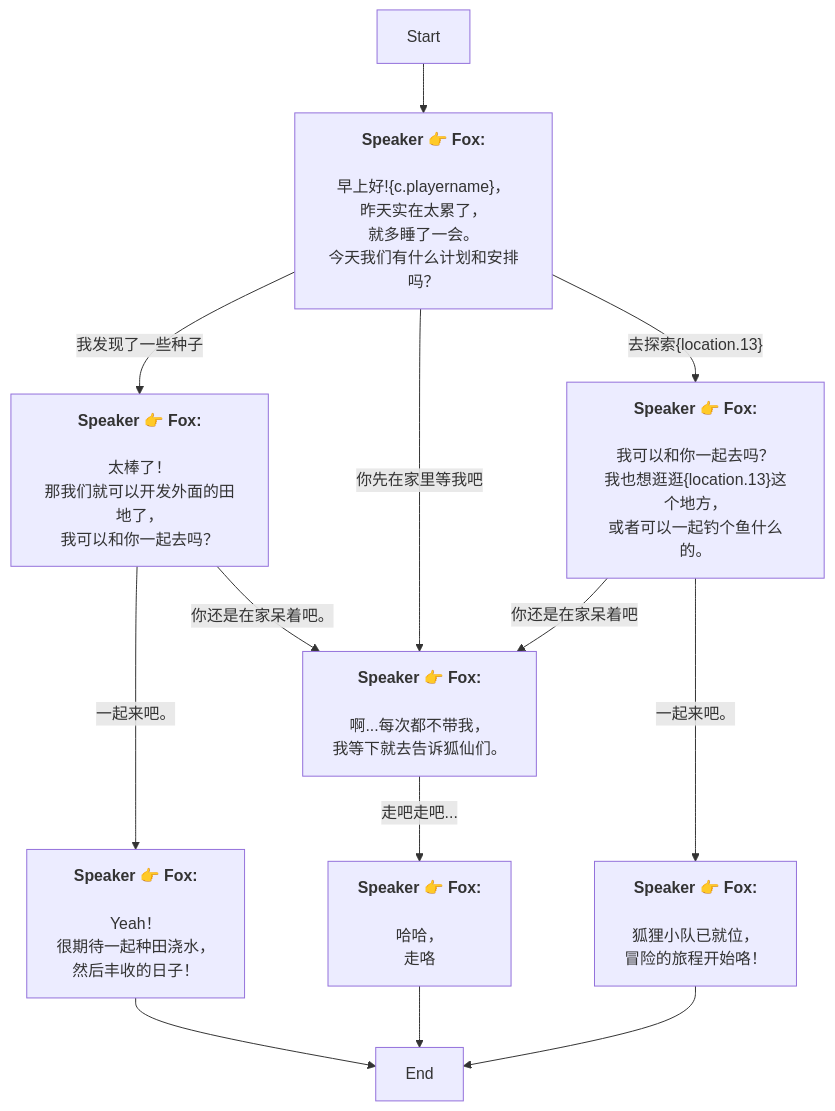
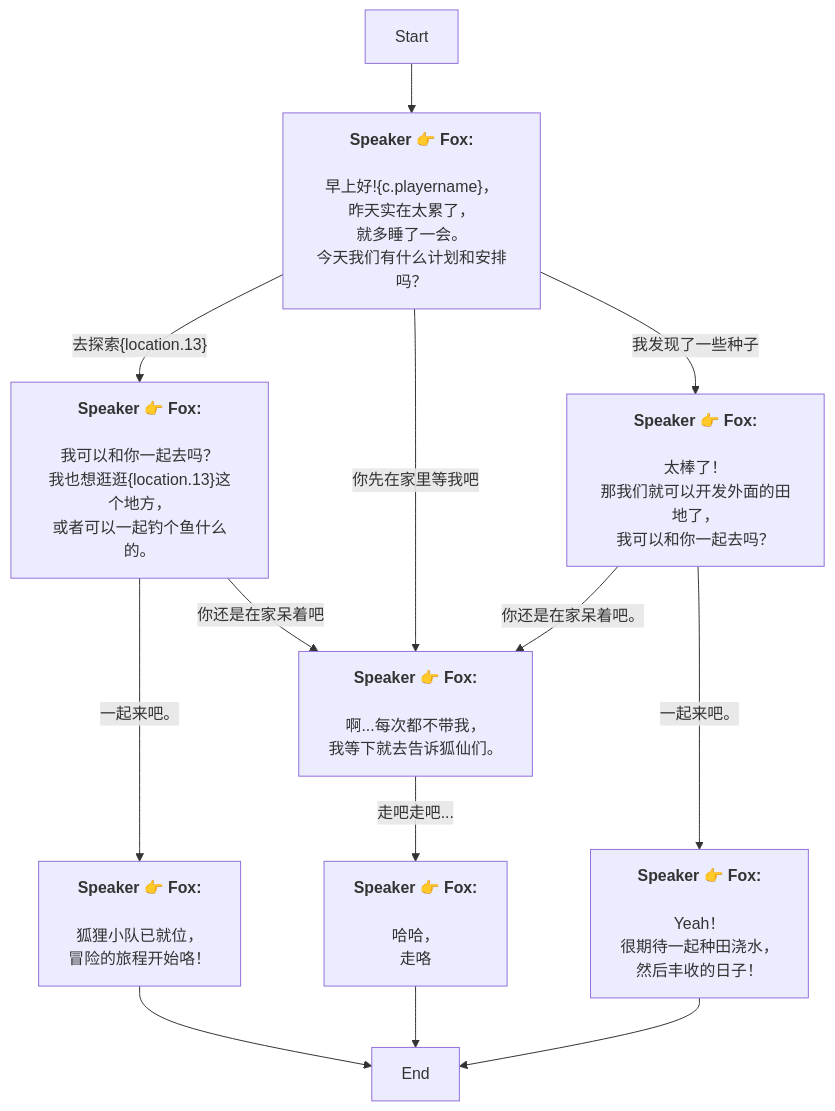
One commit to SoftHu/tos_avg changed the diagram in Zh/QuestTalkObjectiveNode_1738535630978160.md. Above: the diagram before and after it, drawn with Mermaid. The commit also changed other lines of this file and 780 other files, not shown here.

````diff
--- a/Zh/QuestTalkObjectiveNode_1738535630978160.md
+++ b/Zh/QuestTalkObjectiveNode_1738535630978160.md
@@ -1,38 +1,38 @@
 ```mermaid
 graph
 Start -->1738536455094394[<b>Speaker 👉 Fox:</b>
 \n早上好!&lbrace;c.playername&rbrace;，
 昨天实在太累了，
 就多睡了一会。\n今天我们有什么计划和安排吗？]
+1738536455094394 -->|去探索&lbrace;location.13&rbrace;|1738537311769740[<b>Speaker 👉 Fox:</b>
+\n我可以和你一起去吗？
+我也想逛逛&lbrace;location.13&rbrace;这个地方，
+或者可以一起钓个鱼什么的。]
+1738536455094394 -->|你先在家里等我吧|1738536768908425[<b>Speaker 👉 Fox:</b>
+\n啊...每次都不带我，
+我等下就去告诉狐仙们。]
 1738536455094394 -->|我发现了一些种子|1738536700192898[<b>Speaker 👉 Fox:</b>
 \n太棒了！
 那我们就可以开发外面的田地了，
 我可以和你一起去吗？]
-1738536455094394 -->|你先在家里等我吧|1738536768908425[<b>Speaker 👉 Fox:</b>
+1738536700192898 -->|你还是在家呆着吧。|1738536768908425[<b>Speaker 👉 Fox:</b>
 \n啊...每次都不带我，
 我等下就去告诉狐仙们。]
-1738536455094394 -->|去探索&lbrace;location.13&rbrace;|1738537311769740[<b>Speaker 👉 Fox:</b>
-\n我可以和你一起去吗？
-我也想逛逛&lbrace;location.13&rbrace;这个地方，
-或者可以一起钓个鱼什么的。]
 1738536700192898 -->|一起来吧。|1738536759971976[<b>Speaker 👉 Fox:</b>
 \nYeah！
 很期待一起种田浇水，
 然后丰收的日子！]
-1738536700192898 -->|你还是在家呆着吧。|1738536768908425[<b>Speaker 👉 Fox:</b>
-\n啊...每次都不带我，
-我等下就去告诉狐仙们。]
 1738536759971976 -->1738536081685624[End]
 1738536768908425 -->|走吧走吧...|1751470531146036[<b>Speaker 👉 Fox:</b>
 \n哈哈，
 走咯]
 1751470531146036 -->1738536081685624[End]
+1738537311769740 -->|一起来吧。|1738537387244689[<b>Speaker 👉 Fox:</b>
+\n狐狸小队已就位，
+冒险的旅程开始咯！]
 1738537311769740 -->|你还是在家呆着吧|1738536768908425[<b>Speaker 👉 Fox:</b>
 \n啊...每次都不带我，
 我等下就去告诉狐仙们。]
-1738537311769740 -->|一起来吧。|1738537387244689[<b>Speaker 👉 Fox:</b>
-\n狐狸小队已就位，
-冒险的旅程开始咯！]
 1738537387244689 -->1738536081685624[End]
 
 ```
````
